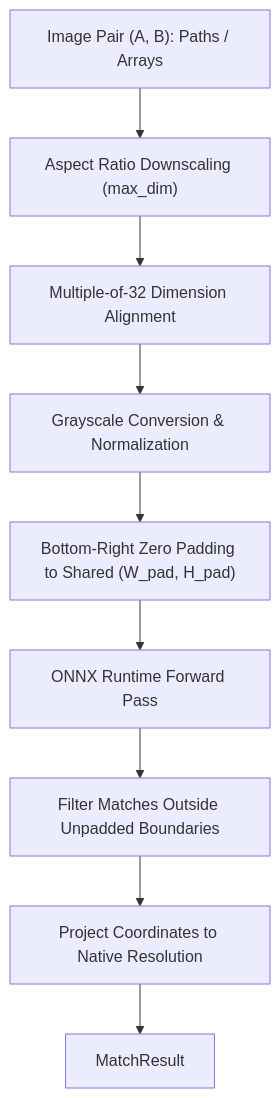
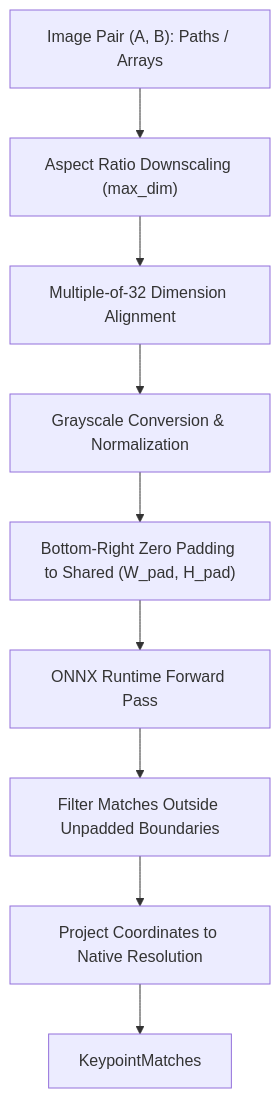
The diagram in src/spatialhub/models/efficient_loftr/README.md (spatialhub-ai/spatialhub), drawn with Mermaid before and after one commit. The commit also changed other lines of this file and 3 other files, not shown here.

````diff
--- a/src/spatialhub/models/efficient_loftr/README.md
+++ b/src/spatialhub/models/efficient_loftr/README.md
@@ -22,11 +22,11 @@
 ```mermaid
 graph TD
     A["Image Pair (A, B): Paths / Arrays"] --> B["Aspect Ratio Downscaling (max_dim)"]
     B --> C["Multiple-of-32 Dimension Alignment"]
     C --> D["Grayscale Conversion & Normalization"]
     D --> E["Bottom-Right Zero Padding to Shared (W_pad, H_pad)"]
     E --> F["ONNX Runtime Forward Pass"]
     F --> G["Filter Matches Outside Unpadded Boundaries"]
     G --> H["Project Coordinates to Native Resolution"]
-    H --> I["MatchResult"]
+    H --> I["KeypointMatches"]
 ```
````
